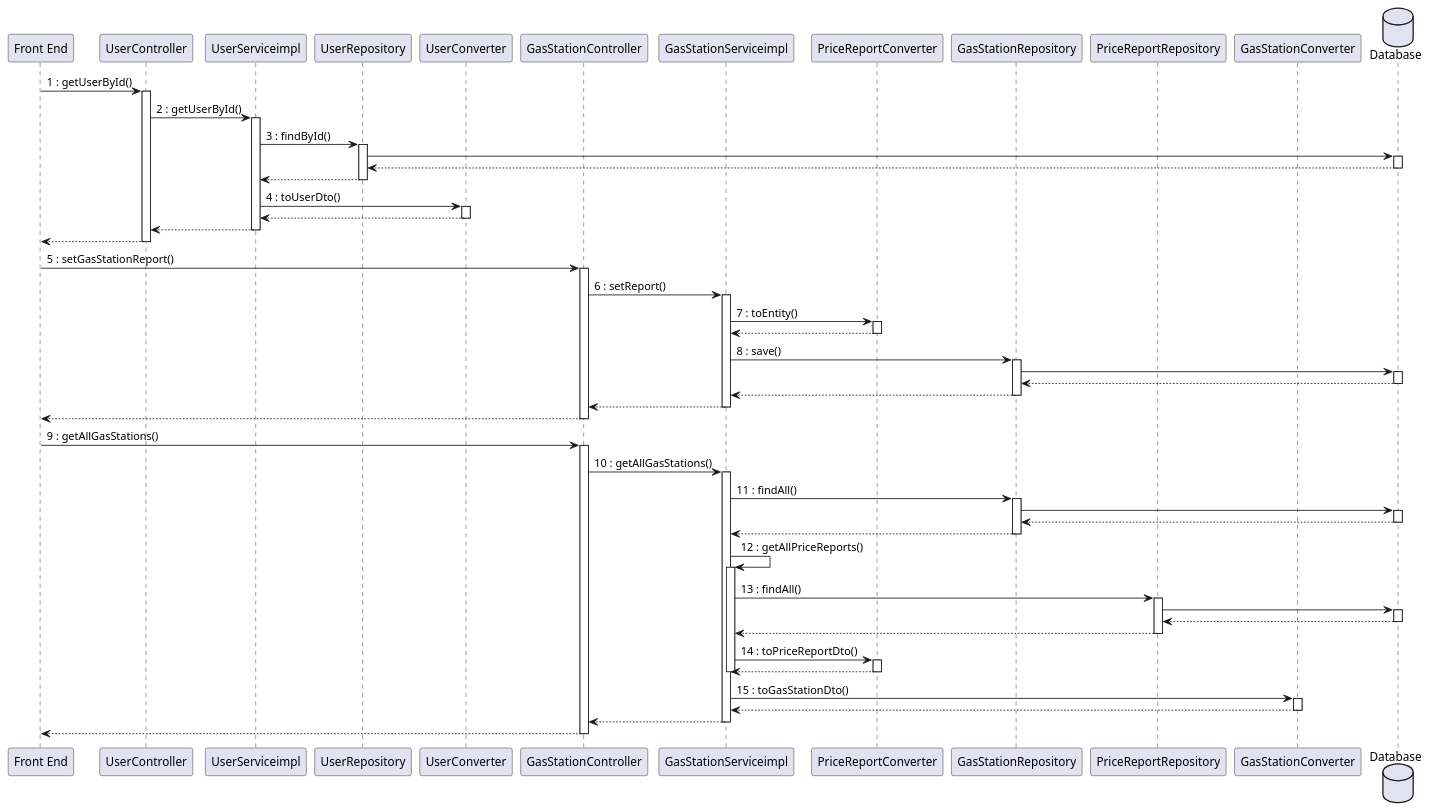
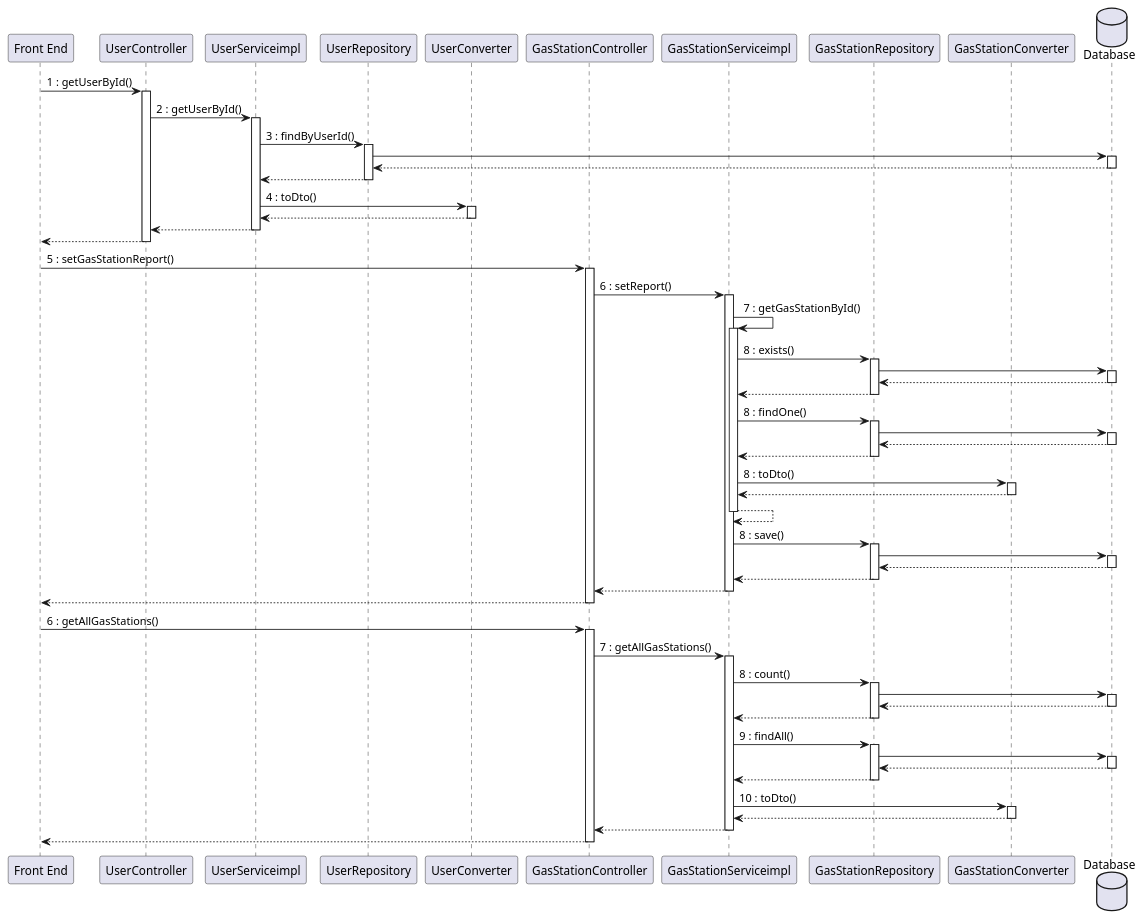
Diagram 11 of 15 in docs/DesignDocument.md (mosTavassoli/ezgas), drawn with PlantUML before and after one commit.

Commit message:
docs(DesignDocument): edit sequence diagram use case 7

````diff
--- a/docs/DesignDocument.md
+++ b/docs/DesignDocument.md
@@ -753,62 +753,75 @@
 ```plantuml
 database Database order 30
 "Front End" -> UserController:1 : getUserById()
 activate UserController
 UserController -> UserServiceimpl:2 : getUserById()
 activate UserServiceimpl
-UserServiceimpl -> UserRepository:3 : findById()
+UserServiceimpl -> UserRepository:3 : findByUserId()
 activate UserRepository
 UserRepository -> Database
 activate Database
 return
 return
-UserServiceimpl -> UserConverter:4 : toUserDto()
+UserServiceimpl -> UserConverter:4 : toDto()
 activate UserConverter
 return
 return
 return
 
 "Front End" -> GasStationController:5 : setGasStationReport()
 activate GasStationController
 GasStationController -> GasStationServiceimpl:6 : setReport()
 activate GasStationServiceimpl
-GasStationServiceimpl -> PriceReportConverter:7 : toEntity()
-activate PriceReportConverter
+
+GasStationServiceimpl -> GasStationServiceimpl:7 : getGasStationById()
+activate GasStationServiceimpl
+GasStationServiceimpl -> GasStationRepository:8 : exists()
+activate GasStationRepository
+GasStationRepository -> Database
+activate Database
 return
+return
+GasStationServiceimpl -> GasStationRepository:8 : findOne()
+activate GasStationRepository
+GasStationRepository -> Database
+activate Database
+return
+return
+GasStationServiceimpl -> GasStationConverter:8 : toDto()
+activate GasStationConverter
+return
+return
+
+
 GasStationServiceimpl -> GasStationRepository:8 : save()
 activate GasStationRepository
 GasStationRepository -> Database
 activate Database
 return
 return
 return
 return
 
-"Front End" -> GasStationController:9 : getAllGasStations()
+"Front End" -> GasStationController:6 : getAllGasStations()
 activate GasStationController
-GasStationController -> GasStationServiceimpl:10 : getAllGasStations()
+GasStationController -> GasStationServiceimpl:7 : getAllGasStations()
 activate GasStationServiceimpl
-GasStationServiceimpl -> GasStationRepository:11 : findAll()
+GasStationServiceimpl -> GasStationRepository:8 : count()
 activate GasStationRepository
 GasStationRepository -> Database
 activate Database
 return
 return
-GasStationServiceimpl -> GasStationServiceimpl:12 : getAllPriceReports()
-activate GasStationServiceimpl
-GasStationServiceimpl -> PriceReportRepository:13 : findAll()
-activate PriceReportRepository
-PriceReportRepository -> Database
+GasStationServiceimpl -> GasStationRepository:9 : findAll()
+activate GasStationRepository
+GasStationRepository -> Database
 activate Database
 return
 return
-GasStationServiceimpl -> PriceReportConverter:14 : toPriceReportDto()
-activate PriceReportConverter
-return
-deactivate GasStationServiceimpl
-GasStationServiceimpl -> GasStationConverter:15 : toGasStationDto()
+
+GasStationServiceimpl -> GasStationConverter:10 : toDto()
 activate GasStationConverter
 return
 return
 return
 ```
````
